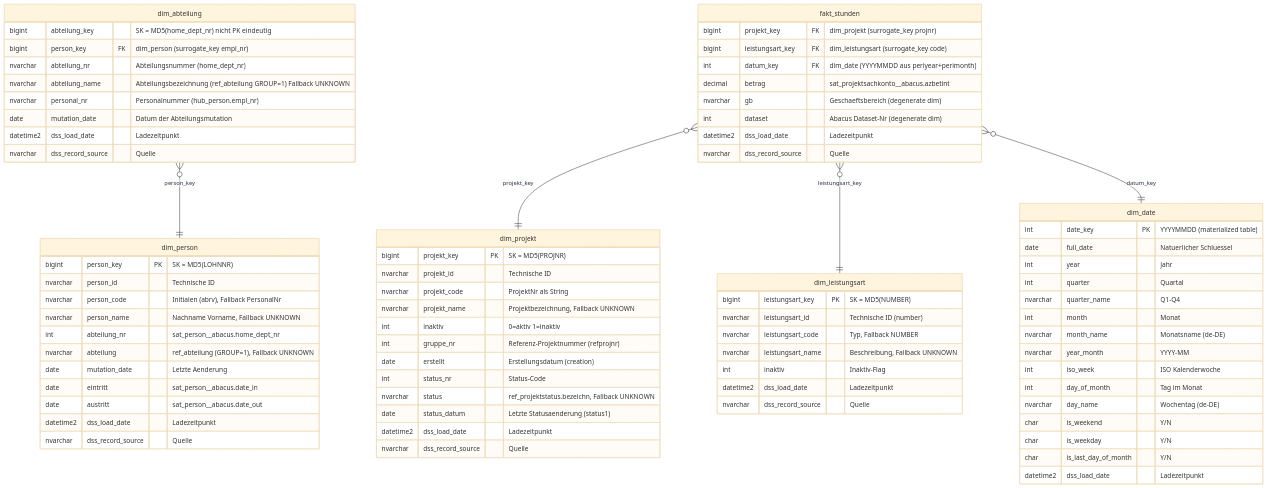
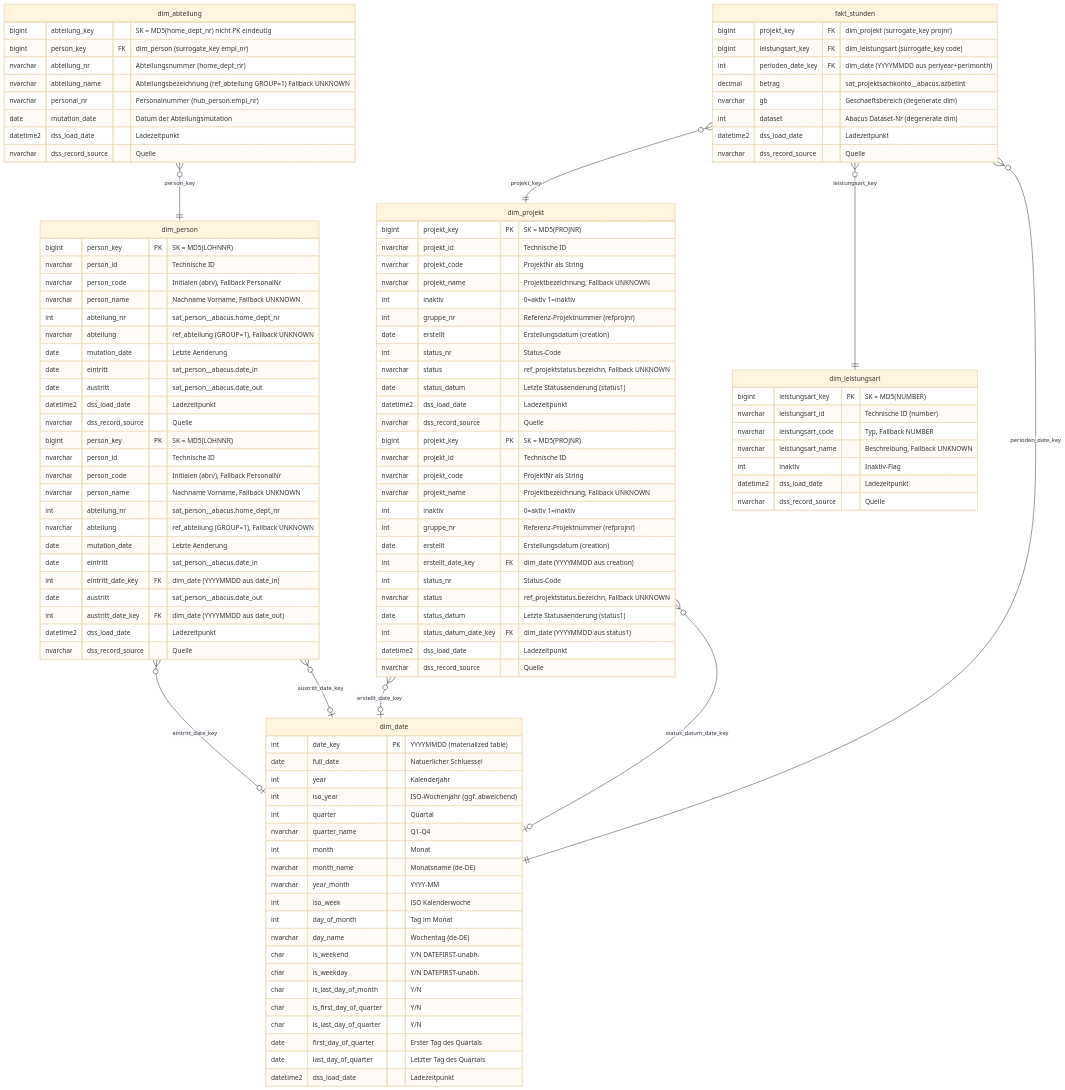
One commit to fellnerd/datavault-dbt changed the diagram in design/mart/er-mart-project.mmd. Above: the diagram before and after it, drawn with Mermaid (base theme). The commit also changed 14 other files, not shown here.

```diff
--- a/design/mart/er-mart-project.mmd
+++ b/design/mart/er-mart-project.mmd
@@ -1,89 +1,129 @@
 
 erDiagram
 
 
     dim_abteilung {
         bigint abteilung_key "SK = MD5(home_dept_nr) nicht PK eindeutig"
         bigint person_key FK "dim_person (surrogate_key empl_nr)"
         nvarchar abteilung_nr "Abteilungsnummer (home_dept_nr)"
         nvarchar abteilung_name "Abteilungsbezeichnung (ref_abteilung GROUP=1) Fallback UNKNOWN"
         nvarchar personal_nr "Personalnummer (hub_person.empl_nr)"
         date mutation_date "Datum der Abteilungsmutation"
         datetime2 dss_load_date "Ladezeitpunkt"
         nvarchar dss_record_source "Quelle"
     }
 
     dim_person {
         bigint person_key PK "SK = MD5(LOHNNR)"
         nvarchar person_id "Technische ID"
         nvarchar person_code "Initialen (abrv), Fallback PersonalNr"
         nvarchar person_name "Nachname Vorname, Fallback UNKNOWN"
         int abteilung_nr "sat_person__abacus.home_dept_nr"
         nvarchar abteilung "ref_abteilung (GROUP=1), Fallback UNKNOWN"
         date mutation_date "Letzte Aenderung"
         date eintritt "sat_person__abacus.date_in"
         date austritt "sat_person__abacus.date_out"
         datetime2 dss_load_date "Ladezeitpunkt"
         nvarchar dss_record_source "Quelle"
     }
 
     dim_projekt {
         bigint projekt_key PK "SK = MD5(PROJNR)"
         nvarchar projekt_id "Technische ID"
         nvarchar projekt_code "ProjektNr als String"
         nvarchar projekt_name "Projektbezeichnung, Fallback UNKNOWN"
         int inaktiv "0=aktiv 1=inaktiv"
         int gruppe_nr "Referenz-Projektnummer (refprojnr)"
         date erstellt "Erstellungsdatum (creation)"
         int status_nr "Status-Code"
         nvarchar status "ref_projektstatus.bezeichn, Fallback UNKNOWN"
         date status_datum "Letzte Statusaenderung (status1)"
         datetime2 dss_load_date "Ladezeitpunkt"
         nvarchar dss_record_source "Quelle"
     }
 
     dim_leistungsart {
         bigint leistungsart_key PK "SK = MD5(NUMBER)"
         nvarchar leistungsart_id "Technische ID (number)"
         nvarchar leistungsart_code "Typ, Fallback NUMBER"
         nvarchar leistungsart_name "Beschreibung, Fallback UNKNOWN"
         int inaktiv "Inaktiv-Flag"
         datetime2 dss_load_date "Ladezeitpunkt"
         nvarchar dss_record_source "Quelle"
     }
 
     dim_date {
         int date_key PK "YYYYMMDD (materialized table)"
         date full_date "Natuerlicher Schluessel"
-        int year "Jahr"
+        int year "Kalenderjahr"
+        int iso_year "ISO-Wochenjahr (ggf. abweichend)"
         int quarter "Quartal"
         nvarchar quarter_name "Q1-Q4"
         int month "Monat"
         nvarchar month_name "Monatsname (de-DE)"
         nvarchar year_month "YYYY-MM"
         int iso_week "ISO Kalenderwoche"
         int day_of_month "Tag im Monat"
         nvarchar day_name "Wochentag (de-DE)"
-        char is_weekend "Y/N"
-        char is_weekday "Y/N"
+        char is_weekend "Y/N DATEFIRST-unabh."
+        char is_weekday "Y/N DATEFIRST-unabh."
         char is_last_day_of_month "Y/N"
+        char is_first_day_of_quarter "Y/N"
+        char is_last_day_of_quarter "Y/N"
+        date first_day_of_quarter "Erster Tag des Quartals"
+        date last_day_of_quarter "Letzter Tag des Quartals"
         datetime2 dss_load_date "Ladezeitpunkt"
+    }
+
+    dim_person {
+        bigint person_key PK "SK = MD5(LOHNNR)"
+        nvarchar person_id "Technische ID"
+        nvarchar person_code "Initialen (abrv), Fallback PersonalNr"
+        nvarchar person_name "Nachname Vorname, Fallback UNKNOWN"
+        int abteilung_nr "sat_person__abacus.home_dept_nr"
+        nvarchar abteilung "ref_abteilung (GROUP=1), Fallback UNKNOWN"
+        date mutation_date "Letzte Aenderung"
+        date eintritt "sat_person__abacus.date_in"
+        int eintritt_date_key FK "dim_date (YYYYMMDD aus date_in)"
+        date austritt "sat_person__abacus.date_out"
+        int austritt_date_key FK "dim_date (YYYYMMDD aus date_out)"
+        datetime2 dss_load_date "Ladezeitpunkt"
+        nvarchar dss_record_source "Quelle"
+    }
+
+    dim_projekt {
+        bigint projekt_key PK "SK = MD5(PROJNR)"
+        nvarchar projekt_id "Technische ID"
+        nvarchar projekt_code "ProjektNr als String"
+        nvarchar projekt_name "Projektbezeichnung, Fallback UNKNOWN"
+        int inaktiv "0=aktiv 1=inaktiv"
+        int gruppe_nr "Referenz-Projektnummer (refprojnr)"
+        date erstellt "Erstellungsdatum (creation)"
+        int erstellt_date_key FK "dim_date (YYYYMMDD aus creation)"
+        int status_nr "Status-Code"
+        nvarchar status "ref_projektstatus.bezeichn, Fallback UNKNOWN"
+        date status_datum "Letzte Statusaenderung (status1)"
+        int status_datum_date_key FK "dim_date (YYYYMMDD aus status1)"
+        datetime2 dss_load_date "Ladezeitpunkt"
+        nvarchar dss_record_source "Quelle"
     }
 
     fakt_stunden {
         bigint projekt_key FK "dim_projekt (surrogate_key projnr)"
         bigint leistungsart_key FK "dim_leistungsart (surrogate_key code)"
-        int datum_key FK "dim_date (YYYYMMDD aus periyear+perimonth)"
+        int perioden_date_key FK "dim_date (YYYYMMDD aus periyear+perimonth)"
         decimal betrag "sat_projektsachkonto__abacus.azbetint"
         nvarchar gb "Geschaeftsbereich (degenerate dim)"
         int dataset "Abacus Dataset-Nr (degenerate dim)"
         datetime2 dss_load_date "Ladezeitpunkt"
         nvarchar dss_record_source "Quelle"
     }
 
-  
-
     fakt_stunden }o--|| dim_projekt : "projekt_key"
     fakt_stunden }o--|| dim_leistungsart : "leistungsart_key"
-    fakt_stunden }o--|| dim_date : "datum_key"
+    fakt_stunden }o--|| dim_date : "perioden_date_key"
     dim_abteilung }o--|| dim_person : "person_key"
+    dim_person }o--o| dim_date : "eintritt_date_key"
+    dim_person }o--o| dim_date : "austritt_date_key"
+    dim_projekt }o--o| dim_date : "erstellt_date_key"
+    dim_projekt }o--o| dim_date : "status_datum_date_key"
```
